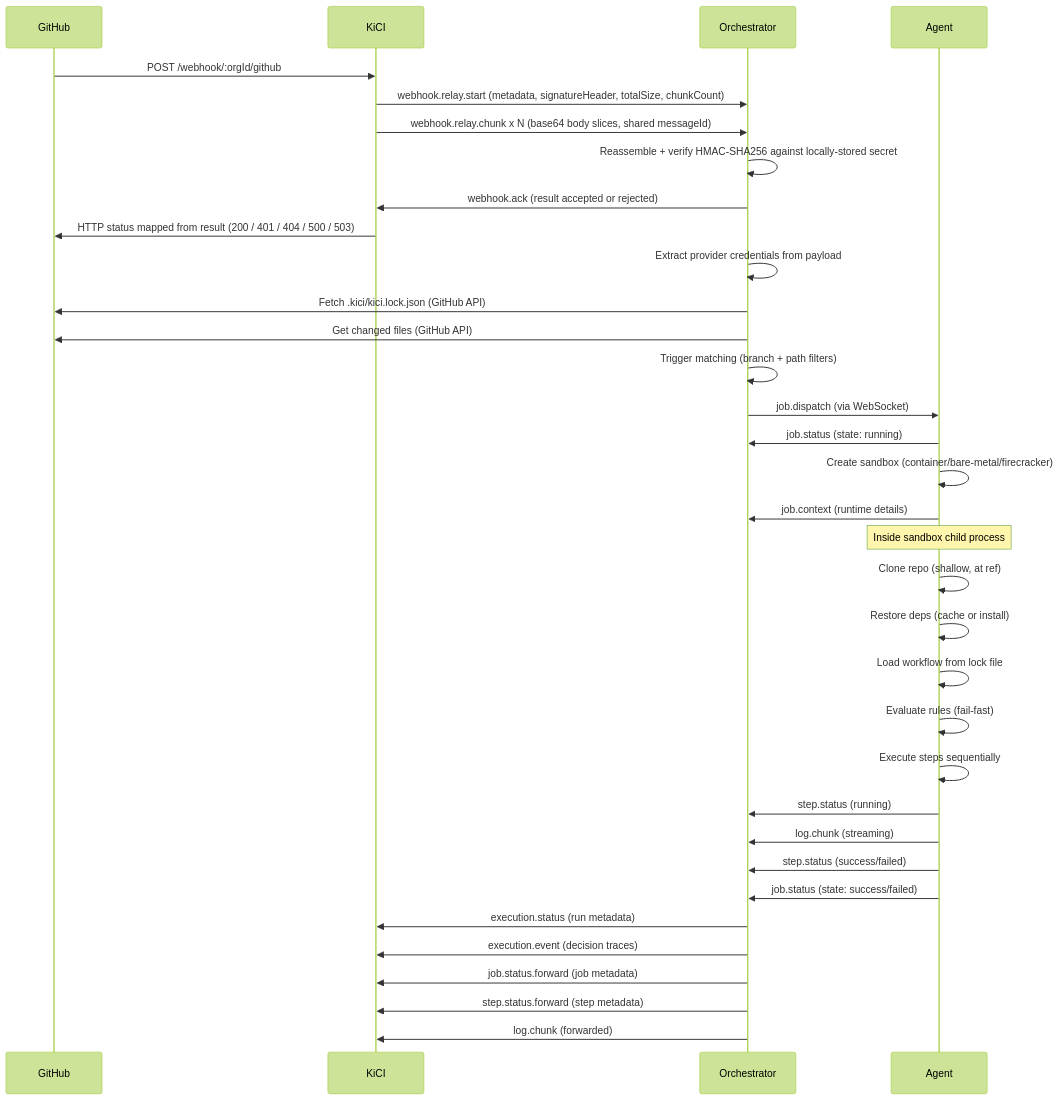
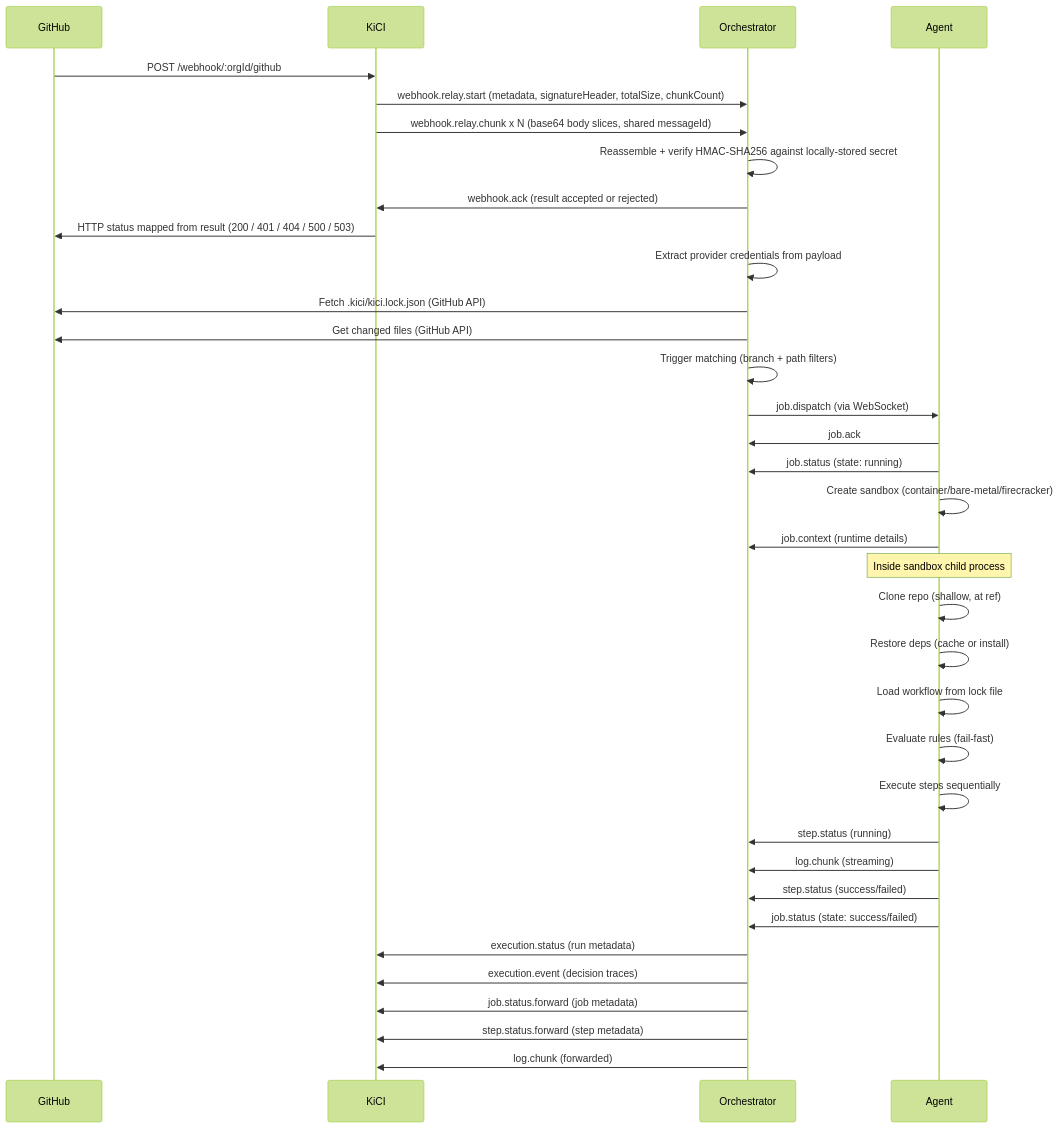
One commit to kici-dev/kici-public changed the diagram in docs/architecture/webhooks/webhook-delivery.md. Above: the diagram before and after it, drawn with Mermaid (forest theme). The commit also changed other lines of this file and 77 other files, not shown here.

````diff
--- a/docs/architecture/webhooks/webhook-delivery.md
+++ b/docs/architecture/webhooks/webhook-delivery.md
@@ -10,40 +10,41 @@
 ```mermaid
 sequenceDiagram
     participant GH as GitHub
     participant S as KiCI
     participant O as Orchestrator
     participant A as Agent
 
     GH->>S: POST /webhook/:orgId/github
     S->>O: webhook.relay.start (metadata, signatureHeader, totalSize, chunkCount)
     S->>O: webhook.relay.chunk x N (base64 body slices, shared messageId)
     O->>O: Reassemble + verify HMAC-SHA256 against locally-stored secret
     O->>S: webhook.ack (result accepted or rejected)
     S->>GH: HTTP status mapped from result (200 / 401 / 404 / 500 / 503)
 
     O->>O: Extract provider credentials from payload
     O->>GH: Fetch .kici/kici.lock.json (GitHub API)
     O->>GH: Get changed files (GitHub API)
     O->>O: Trigger matching (branch + path filters)
     O->>A: job.dispatch (via WebSocket)
 
+    A->>O: job.ack
     A->>O: job.status (state: running)
     A->>A: Create sandbox (container/bare-metal/firecracker)
     A->>O: job.context (runtime details)
     Note over A: Inside sandbox child process
     A->>A: Clone repo (shallow, at ref)
     A->>A: Restore deps (cache or install)
     A->>A: Load workflow from lock file
     A->>A: Evaluate rules (fail-fast)
     A->>A: Execute steps sequentially
     A->>O: step.status (running)
     A->>O: log.chunk (streaming)
     A->>O: step.status (success/failed)
     A->>O: job.status (state: success/failed)
 
     O->>S: execution.status (run metadata)
     O->>S: execution.event (decision traces)
     O->>S: job.status.forward (job metadata)
     O->>S: step.status.forward (step metadata)
     O->>S: log.chunk (forwarded)
 ```
````
